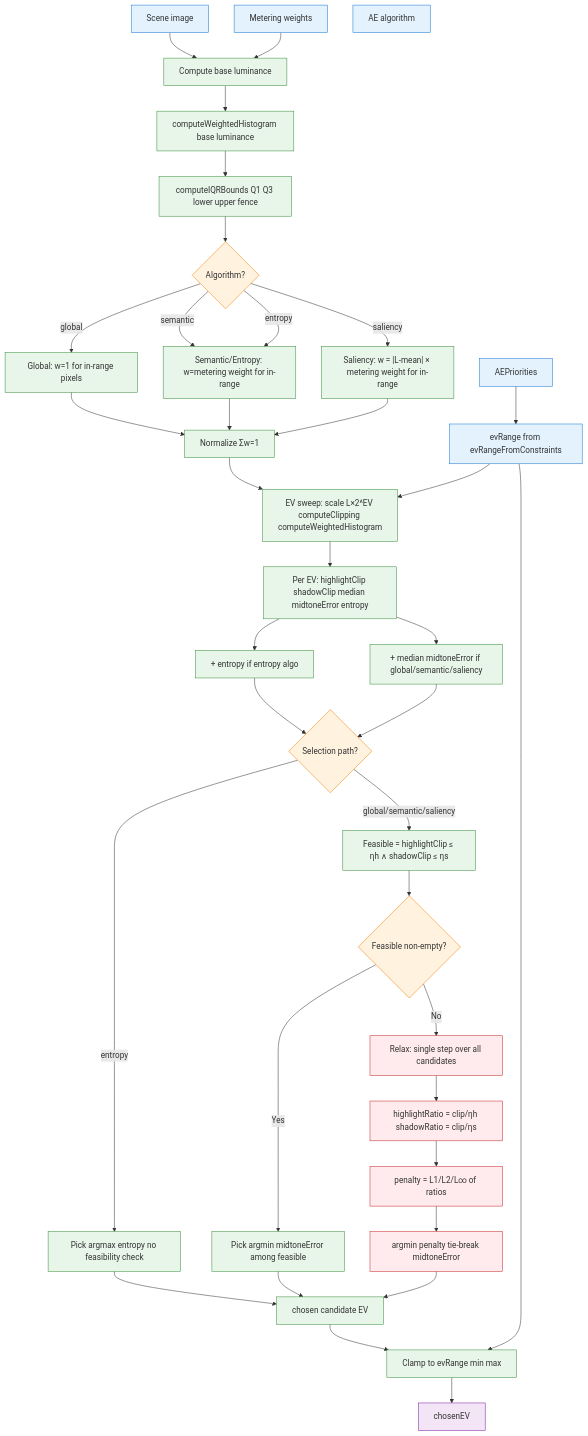
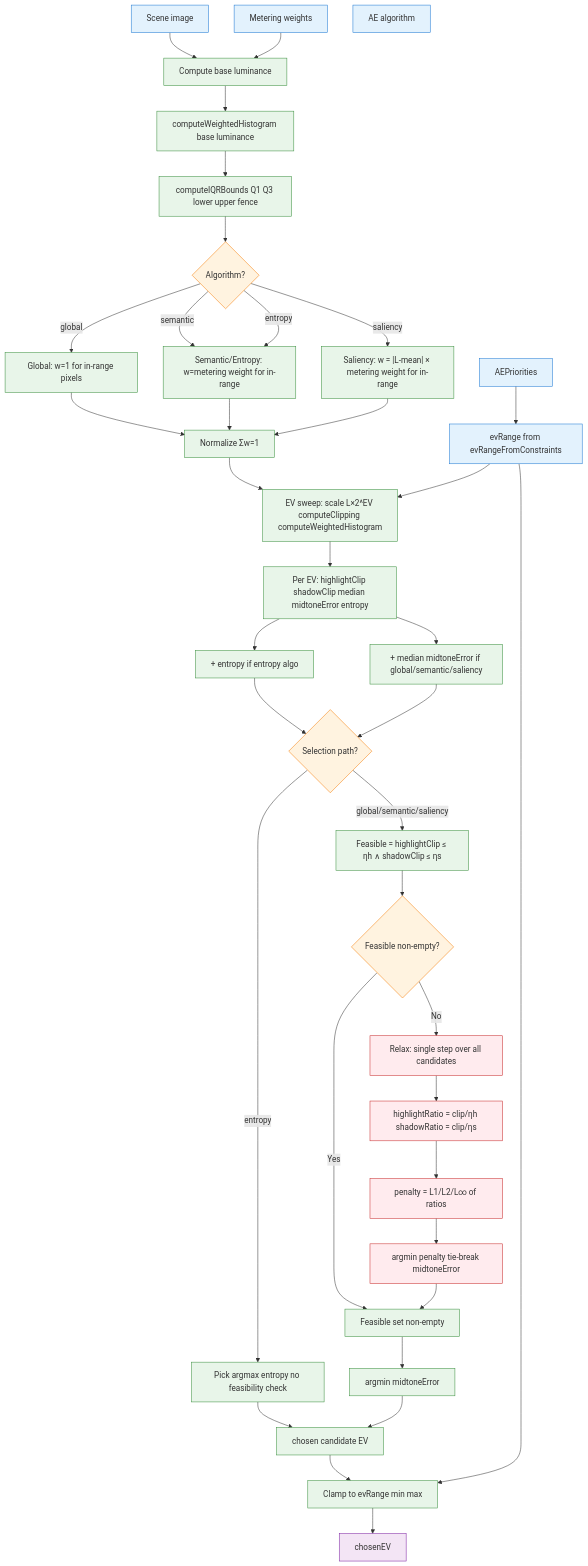
One commit to jgaugustine/CapstoneFinal changed the first of 3 diagrams in ExposureLAB/AE_ALGORITHM_FLOWCHART.md. Above: the diagram before and after it, drawn with Mermaid. The commit also changed other lines of this file and 47 other files, not shown here.

````diff
--- a/ExposureLAB/AE_ALGORITHM_FLOWCHART.md
+++ b/ExposureLAB/AE_ALGORITHM_FLOWCHART.md
@@ -7,77 +7,79 @@
 ```mermaid
 flowchart TB
     classDef input fill:#e3f2fd,stroke:#1976d2
     classDef process fill:#e8f5e9,stroke:#388e3c
     classDef decision fill:#fff3e0,stroke:#f57c00
     classDef output fill:#f3e5f5,stroke:#7b1fa2
     classDef relax fill:#ffebee,stroke:#c62828
 
     IMG[Scene image]
     W[Metering weights]
     P[AEPriorities]
     ALGO[AE algorithm]
     EV_RANGE[evRange from evRangeFromConstraints]
     LUM[Compute base luminance]
     HIST_INIT[computeWeightedHistogram base luminance]
     IQR["computeIQRBounds Q1 Q3 lower upper fence"]
     ALGO_TYPE{Algorithm?}
     GLOB["Global: w=1 for in-range pixels"]
     SEM["Semantic/Entropy: w=metering weight for in-range"]
     SAL["Saliency: w = |L-mean| × metering weight for in-range"]
     NORM[Normalize Σw=1]
     SWEEP[EV sweep: scale L×2^EV computeClipping computeWeightedHistogram]
     CANDIDATES[Per EV: highlightClip shadowClip median midtoneError entropy]
     SWEEP_ENTROPY[+ entropy if entropy algo]
     SWEEP_MID[+ median midtoneError if global/semantic/saliency]
     SEL_TYPE{Selection path?}
     E_PICK[Pick argmax entropy no feasibility check]
     FEAS[Feasible = highlightClip ≤ ηh ∧ shadowClip ≤ ηs]
     EMPTY{Feasible non-empty?}
-    BEST[Pick argmin midtoneError among feasible]
+    FEASIBLE_SET[Feasible set non-empty]
+    BEST[argmin midtoneError]
     RELAX["Relax: single step over all candidates"]
     R1["highlightRatio = clip/ηh shadowRatio = clip/ηs"]
     R2["penalty = L1/L2/L∞ of ratios"]
     R3["argmin penalty tie-break midtoneError"]
     CHOSEN[chosen candidate EV]
     CLAMP_EV[Clamp to evRange min max]
     OUT[chosenEV]
 
     class IMG,W,P,ALGO,EV_RANGE input
     class LUM,HIST_INIT,IQR,NORM,SWEEP,CANDIDATES,SWEEP_ENTROPY,SWEEP_MID,GLOB,SEM,SAL,CLAMP_EV process
     class ALGO_TYPE,SEL_TYPE,EMPTY decision
-    class E_PICK,FEAS,BEST,CHOSEN process
+    class E_PICK,FEAS,FEASIBLE_SET,BEST,CHOSEN process
     class RELAX,R1,R2,R3 relax
     class OUT output
 
     IMG --> LUM
     W --> LUM
     P --> EV_RANGE
     LUM --> HIST_INIT
     HIST_INIT --> IQR
     IQR --> ALGO_TYPE
     ALGO_TYPE -->|global| GLOB
     ALGO_TYPE -->|semantic| SEM
     ALGO_TYPE -->|entropy| SEM
     ALGO_TYPE -->|saliency| SAL
     GLOB --> NORM
     SEM --> NORM
     SAL --> NORM
     NORM --> SWEEP
     EV_RANGE --> SWEEP
     SWEEP --> CANDIDATES
     CANDIDATES --> SWEEP_ENTROPY
     CANDIDATES --> SWEEP_MID
     SWEEP_ENTROPY --> SEL_TYPE
     SWEEP_MID --> SEL_TYPE
     SEL_TYPE -->|entropy| E_PICK
     SEL_TYPE -->|global/semantic/saliency| FEAS
     E_PICK --> CHOSEN
     FEAS --> EMPTY
-    EMPTY -->|Yes| BEST
+    EMPTY -->|Yes| FEASIBLE_SET
     EMPTY -->|No| RELAX
+    RELAX --> R1 --> R2 --> R3 --> FEASIBLE_SET
+    FEASIBLE_SET --> BEST
     BEST --> CHOSEN
-    RELAX --> R1 --> R2 --> R3 --> CHOSEN
     CHOSEN --> CLAMP_EV
     EV_RANGE --> CLAMP_EV
     CLAMP_EV --> OUT
 ```
````
